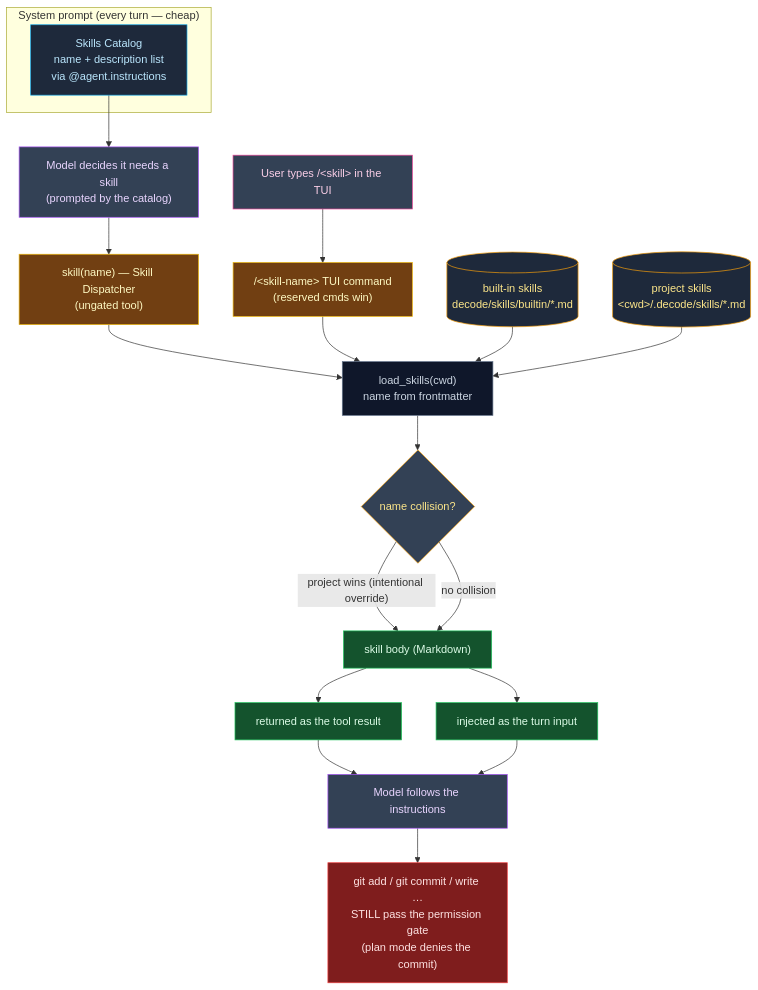
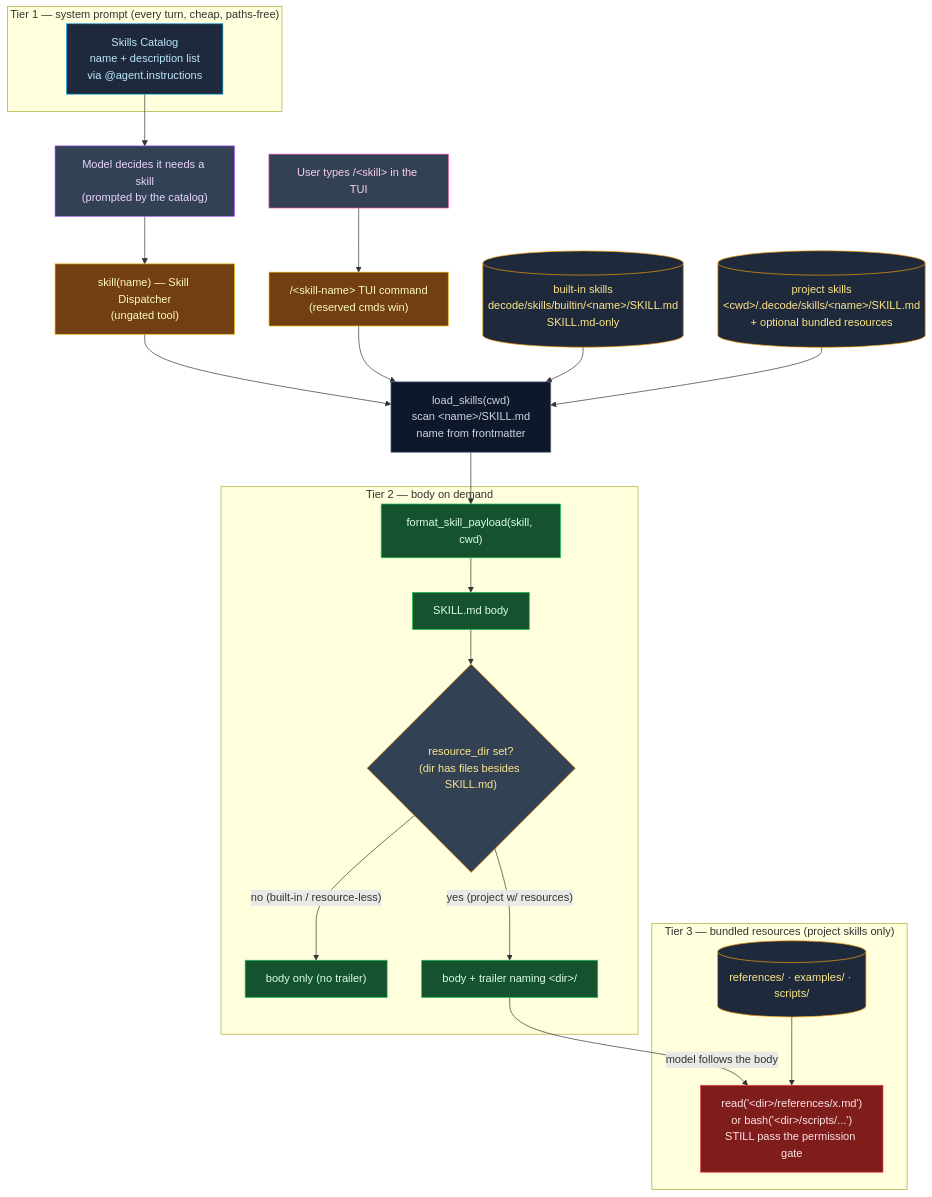
One commit to decodingai-magazine/building-a-coding-agent-from-scratch-course changed the diagram in docs/adr/0004-milestone-3-skills.md. Above: the diagram before and after it, drawn with Mermaid. The commit also changed other lines of this file and 4 other files, not shown here.

First line of the commit message:
docs: plan skills directory convention (ADR-0004 update, glossary, tasks 032-034)

````diff
--- a/docs/adr/0004-milestone-3-skills.md
+++ b/docs/adr/0004-milestone-3-skills.md
@@ -126,46 +153,51 @@
 ```mermaid
 flowchart TD
-    subgraph prompt["System prompt (every turn — cheap)"]
+    subgraph t1["Tier 1 — system prompt (every turn, cheap, paths-free)"]
         catalog["Skills Catalog<br/>name + description list<br/>via @agent.instructions"]:::menu
     end
 
     user["User types /&lt;skill&gt; in the TUI"]:::user
     model["Model decides it needs a skill<br/>(prompted by the catalog)"]:::model
 
     disp["skill(name) — Skill Dispatcher<br/>(ungated tool)"]:::tool
     slash["/&lt;skill-name&gt; TUI command<br/>(reserved cmds win)"]:::tool
 
-    load["load_skills(cwd)<br/>name from frontmatter"]:::loader
-    builtin[("built-in skills<br/>decode/skills/builtin/*.md")]:::store
-    project[("project skills<br/>&lt;cwd&gt;/.decode/skills/*.md")]:::store
-    merge{"name collision?"}:::rule
-    body["skill body (Markdown)"]:::body
+    load["load_skills(cwd)<br/>scan &lt;name&gt;/SKILL.md<br/>name from frontmatter"]:::loader
+    builtin[("built-in skills<br/>decode/skills/builtin/&lt;name&gt;/SKILL.md<br/>SKILL.md-only")]:::store
+    project[("project skills<br/>&lt;cwd&gt;/.decode/skills/&lt;name&gt;/SKILL.md<br/>+ optional bundled resources")]:::store
 
-    asTool["returned as the tool result"]:::body
-    asTurn["injected as the turn input"]:::body
-    act["Model follows the instructions"]:::model
-    gated["git add / git commit / write …<br/>STILL pass the permission gate<br/>(plan mode denies the commit)"]:::gate
+    subgraph t2["Tier 2 — body on demand"]
+        payload["format_skill_payload(skill, cwd)"]:::body
+        body["SKILL.md body"]:::body
+        trailer{"resource_dir set?<br/>(dir has files besides SKILL.md)"}:::rule
+        bodyonly["body only (no trailer)"]:::body
+        bodytrail["body + trailer naming &lt;dir&gt;/"]:::body
+    end
+
+    subgraph t3["Tier 3 — bundled resources (project skills only)"]
+        res[("references/ · examples/ · scripts/")]:::store
+        read["read('&lt;dir&gt;/references/x.md')<br/>or bash('&lt;dir&gt;/scripts/...')<br/>STILL pass the permission gate"]:::gate
+    end
 
     catalog --> model --> disp
     user --> slash
     disp --> load
     slash --> load
     builtin --> load
     project --> load
-    load --> merge
-    merge -- "project wins (intentional override)" --> body
-    merge -- "no collision" --> body
-    body --> asTool --> act
-    body --> asTurn --> act
-    act --> gated
+    load --> payload --> body --> trailer
+    trailer -- "no (built-in / resource-less)" --> bodyonly
+    trailer -- "yes (project w/ resources)" --> bodytrail
+    bodytrail -- "model follows the body" --> read
+    res --> read
 
     classDef menu fill:#1e293b,stroke:#0ea5e9,color:#bae6fd
     classDef user fill:#334155,stroke:#ec4899,color:#fbcfe8
     classDef model fill:#334155,stroke:#a855f7,color:#e9d5ff
     classDef tool fill:#713f12,stroke:#eab308,color:#fef9c3
     classDef loader fill:#0f172a,stroke:#64748b,color:#cbd5e1
     classDef store fill:#1e293b,stroke:#f59e0b,color:#fde68a
     classDef rule fill:#334155,stroke:#f59e0b,color:#fde68a
     classDef body fill:#14532d,stroke:#22c55e,color:#dcfce7
     classDef gate fill:#7f1d1d,stroke:#ef4444,color:#fee2e2
 ```
````
